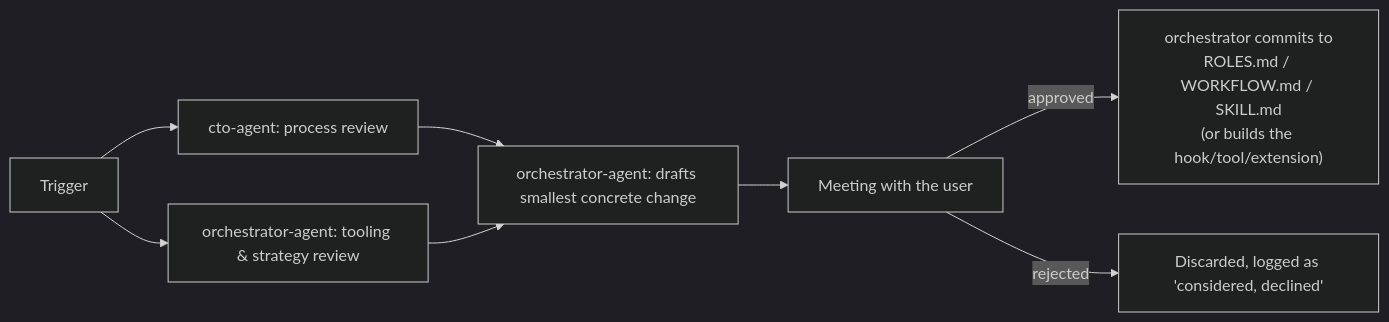
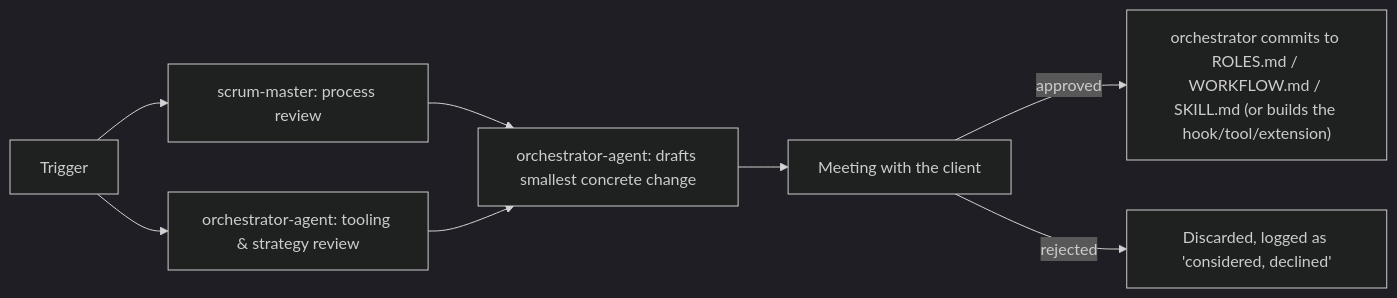
Before and after one commit to VictorTomaili/agent-cli: the second of 2 diagrams in seed/skills/dev-team/WORKFLOW.md, drawn with Mermaid (dark theme). The commit also changed other lines of this file and 27 other files, not shown here.

````diff
--- a/seed/skills/dev-team/WORKFLOW.md
+++ b/seed/skills/dev-team/WORKFLOW.md
@@ -104,10 +180,10 @@
 ```mermaid
 flowchart LR
-    T["Trigger"] --> P["cto-agent: process review"]
+    T["Trigger"] --> P["scrum-master: process review"]
     T --> S["orchestrator-agent: tooling & strategy review"]
     P --> D["orchestrator-agent: drafts smallest concrete change"]
     S --> D
-    D --> M["Meeting with the user"]
-    M -- approved --> C["orchestrator commits to\nROLES.md / WORKFLOW.md / SKILL.md\n(or builds the hook/tool/extension)"]
+    D --> M["Meeting with the client"]
+    M -- approved --> C["orchestrator commits to ROLES.md / WORKFLOW.md / SKILL.md (or builds the hook/tool/extension)"]
     M -- rejected --> X["Discarded, logged as 'considered, declined'"]
 ```
````
